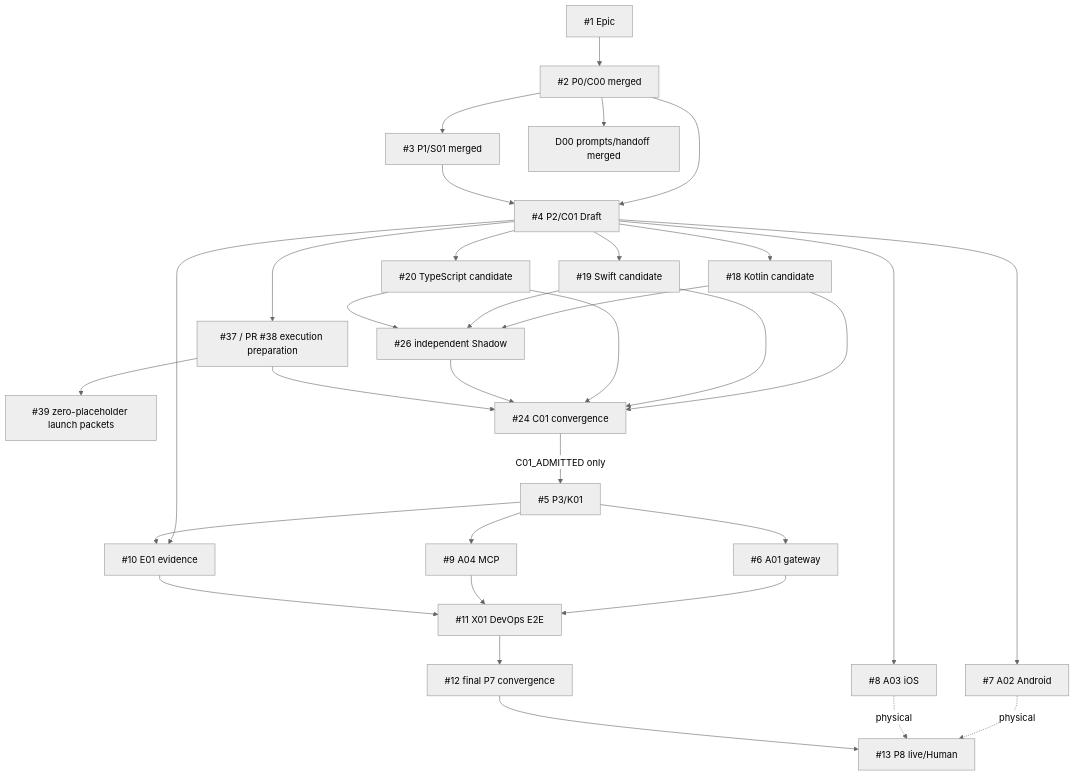
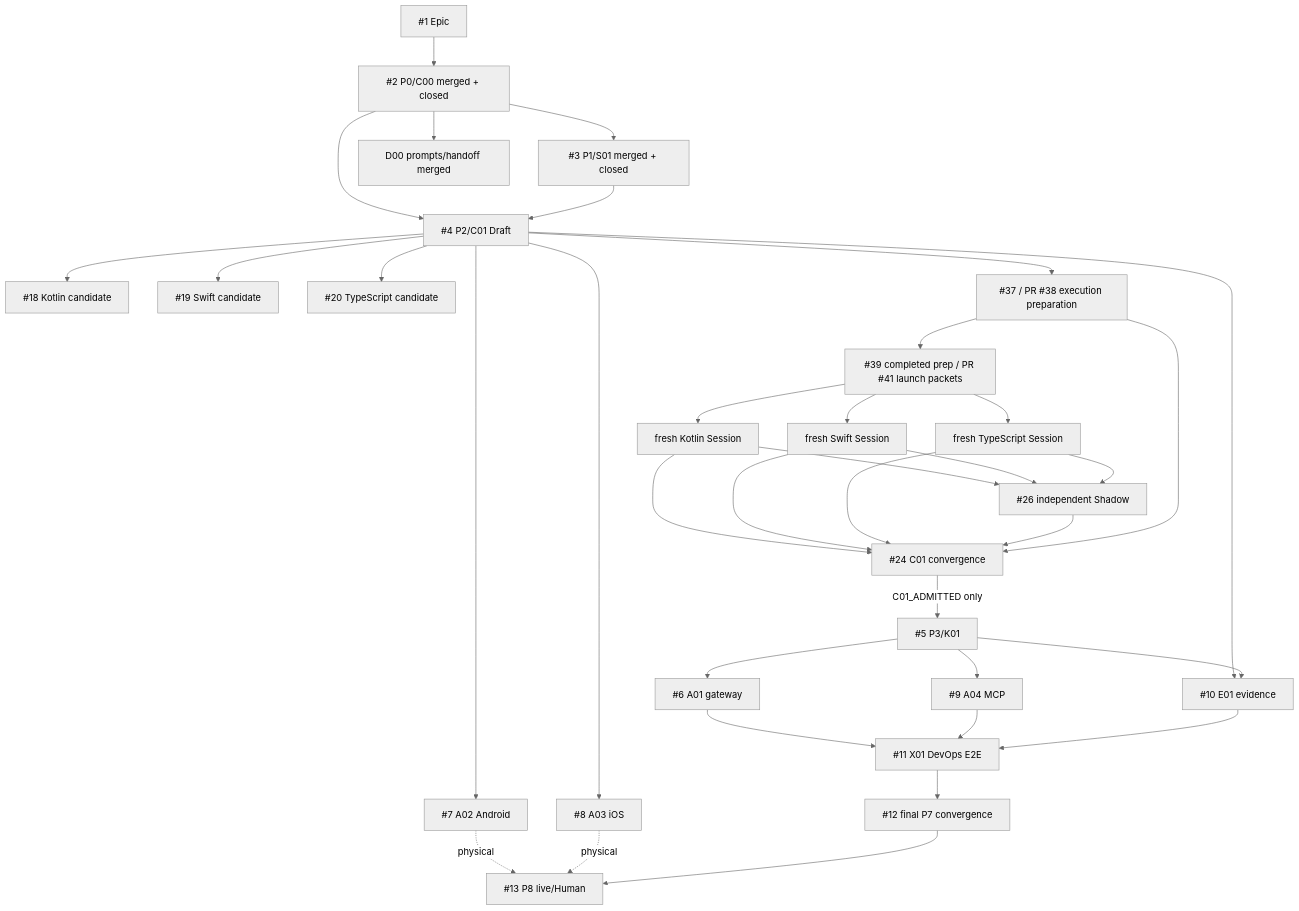
Before and after one commit to ed3c/ActionGate: the first of 2 diagrams in README.md, drawn with Mermaid (neutral theme). The commit also changed other lines of this file and 8 other files, not shown here.

````diff
--- a/README.md
+++ b/README.md
@@ -80,38 +81,41 @@
 ```mermaid
 flowchart TD
-  I1["#1 Epic"] --> I2["#2 P0/C00 merged"]
-  I2 --> I3["#3 P1/S01 merged"]
+  I1["#1 Epic"] --> I2["#2 P0/C00 merged + closed"]
+  I2 --> I3["#3 P1/S01 merged + closed"]
   I2 --> D00["D00 prompts/handoff merged"]
   I2 --> I4["#4 P2/C01 Draft"]
   I3 --> I4
 
   I4 --> K["#18 Kotlin candidate"]
   I4 --> S["#19 Swift candidate"]
   I4 --> T["#20 TypeScript candidate"]
   I4 --> EP["#37 / PR #38 execution preparation"]
-  EP --> LP["#39 zero-placeholder launch packets"]
+  EP --> LP["#39 completed prep / PR #41 launch packets"]
 
-  K --> SH["#26 independent Shadow"]
-  S --> SH
-  T --> SH
-  K --> CV["#24 C01 convergence"]
-  S --> CV
-  T --> CV
+  LP --> KS["fresh Kotlin Session"]
+  LP --> SS["fresh Swift Session"]
+  LP --> TS["fresh TypeScript Session"]
+  KS --> SH["#26 independent Shadow"]
+  SS --> SH
+  TS --> SH
+  KS --> CV["#24 C01 convergence"]
+  SS --> CV
+  TS --> CV
   SH --> CV
   EP --> CV
 
   CV -->|C01_ADMITTED only| I5["#5 P3/K01"]
   I5 --> I6["#6 A01 gateway"]
   I4 --> I7["#7 A02 Android"]
   I4 --> I8["#8 A03 iOS"]
   I5 --> I9["#9 A04 MCP"]
   I4 --> I10["#10 E01 evidence"]
   I5 --> I10
   I6 --> I11["#11 X01 DevOps E2E"]
   I9 --> I11
   I10 --> I11
   I11 --> I12["#12 final P7 convergence"]
   I7 -. physical .-> I13["#13 P8 live/Human"]
   I8 -. physical .-> I13
   I12 --> I13
 ```
````
